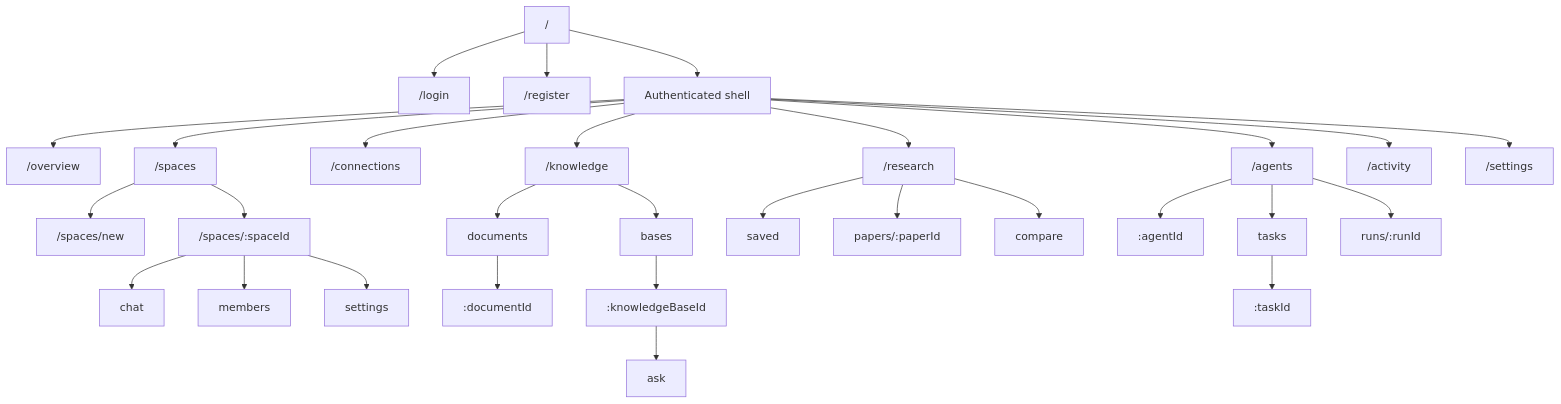
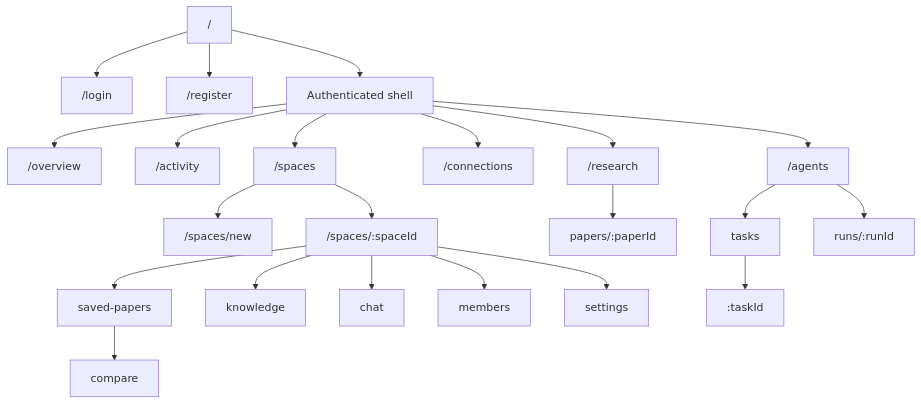
One commit to zzz395/ResearchWeave changed the first of 2 diagrams in docs/design/navigation-and-routes.md. Above: the diagram before and after it, drawn with Mermaid. The commit also changed other lines of this file and 8 other files, not shown here.

````diff
--- a/docs/design/navigation-and-routes.md
+++ b/docs/design/navigation-and-routes.md
@@ -154,31 +105,24 @@
 ```mermaid
 flowchart TD
     Root["/"] --> Login["/login"]
     Root --> Register["/register"]
     Root --> App["Authenticated shell"]
     App --> Overview["/overview"]
+    App --> Activity["/activity"]
     App --> Spaces["/spaces"]
     Spaces --> SpaceNew["/spaces/new"]
     Spaces --> Space["/spaces/:spaceId"]
+    Space --> SavedPapers["saved-papers"]
+    SavedPapers --> Compare["compare"]
+    Space --> Knowledge["knowledge"]
     Space --> Chat["chat"]
     Space --> Members["members"]
     Space --> SpaceSettings["settings"]
     App --> Connections["/connections"]
-    App --> Knowledge["/knowledge"]
-    Knowledge --> Documents["documents"]
-    Knowledge --> Bases["bases"]
-    Documents --> DocumentDetail[":documentId"]
-    Bases --> BaseDetail[":knowledgeBaseId"]
-    BaseDetail --> Ask["ask"]
     App --> Research["/research"]
-    Research --> Saved["saved"]
     Research --> Paper["papers/:paperId"]
-    Research --> Compare["compare"]
     App --> Agents["/agents"]
-    Agents --> Agent[":agentId"]
     Agents --> Tasks["tasks"]
     Tasks --> Task[":taskId"]
     Agents --> Run["runs/:runId"]
-    App --> Activity["/activity"]
-    App --> Settings["/settings"]
 ```
````
